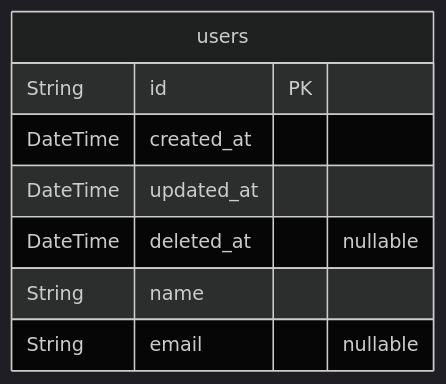
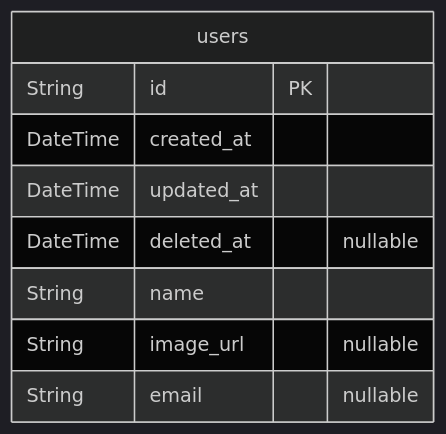
The diagram in ERD.md (rojiwon123/safe-nest-template), drawn with Mermaid (dark theme) before and after one commit. The commit also changed other lines of this file and 3 other files, not shown here.

Commit message:
erd util update

````diff
--- a/ERD.md
+++ b/ERD.md
@@ -9,11 +9,12 @@
 ```mermaid
 erDiagram
 users {
     String id PK
     DateTime created_at
     DateTime updated_at
     DateTime deleted_at "nullable"
     String name
+    String image_url "nullable"
     String email "nullable"
 }
 ```
````
